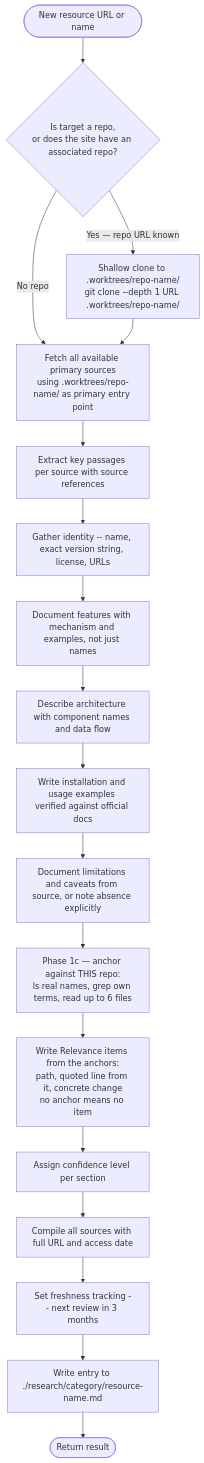
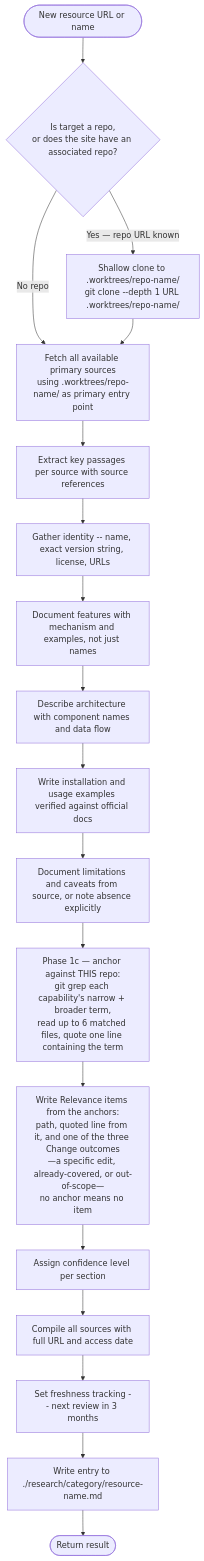
Before and after one commit to Jamie-BitFlight/claude_skills: the second of 2 diagrams in .claude/agents/research-curator.md, drawn with Mermaid. The commit also changed other lines of this file and 4 other files, not shown here.

First line of the commit message:
fix(research-curator): correct false gitignore claims and the term/Read conflation

````diff
--- a/.claude/agents/research-curator.md
+++ b/.claude/agents/research-curator.md
@@ -177,20 +177,20 @@
 ```mermaid
 flowchart TD
     Start([New resource URL or name]) --> CloneCheck{Is target a repo,<br>or does the site have an associated repo?}
     CloneCheck -->|"Yes — repo URL known"| ShallowClone["Shallow clone to .worktrees/repo-name/<br>git clone --depth 1 URL .worktrees/repo-name/"]
     CloneCheck -->|"No repo"| Fetch[Fetch all available primary sources]
     ShallowClone --> Fetch[Fetch all available primary sources<br>using .worktrees/repo-name/ as primary entry point]
     Fetch --> Extract[Extract key passages per source with source references]
     Extract --> Metadata[Gather identity -- name, exact version string, license, URLs]
     Metadata --> Features[Document features with mechanism and examples, not just names]
     Features --> Architecture[Describe architecture with component names and data flow]
     Architecture --> Usage[Write installation and usage examples verified against official docs]
     Usage --> Limitations[Document limitations and caveats from source, or note absence explicitly]
-    Limitations --> Anchors[Phase 1c — anchor against THIS repo:<br>ls real names, grep own terms, read up to 6 files]
-    Anchors --> Relevance[Write Relevance items from the anchors:<br>path, quoted line from it, concrete change<br>no anchor means no item]
+    Limitations --> Anchors[Phase 1c — anchor against THIS repo:<br>git grep each capability's narrow + broader term,<br>read up to 6 matched files, quote one line containing the term]
+    Anchors --> Relevance[Write Relevance items from the anchors:<br>path, quoted line from it, and one of the three Change outcomes<br>—a specific edit, already-covered, or out-of-scope—<br>no anchor means no item]
     Relevance --> Confidence[Assign confidence level per section]
     Confidence --> References[Compile all sources with full URL and access date]
     References --> Freshness[Set freshness tracking -- next review in 3 months]
     Freshness --> WriteFile[Write entry to ./research/category/resource-name.md]
     WriteFile --> Done([Return result])
 ```
````
